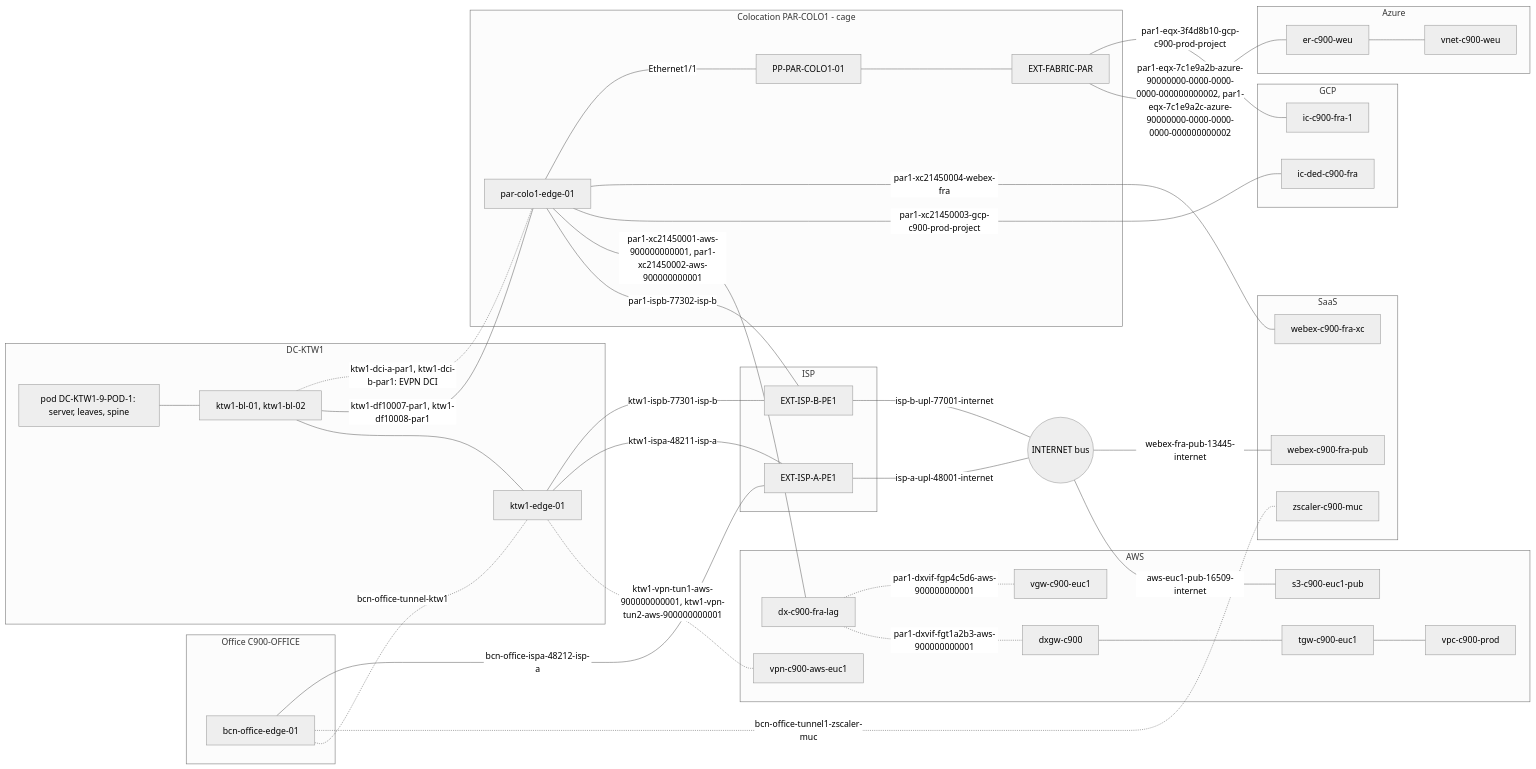
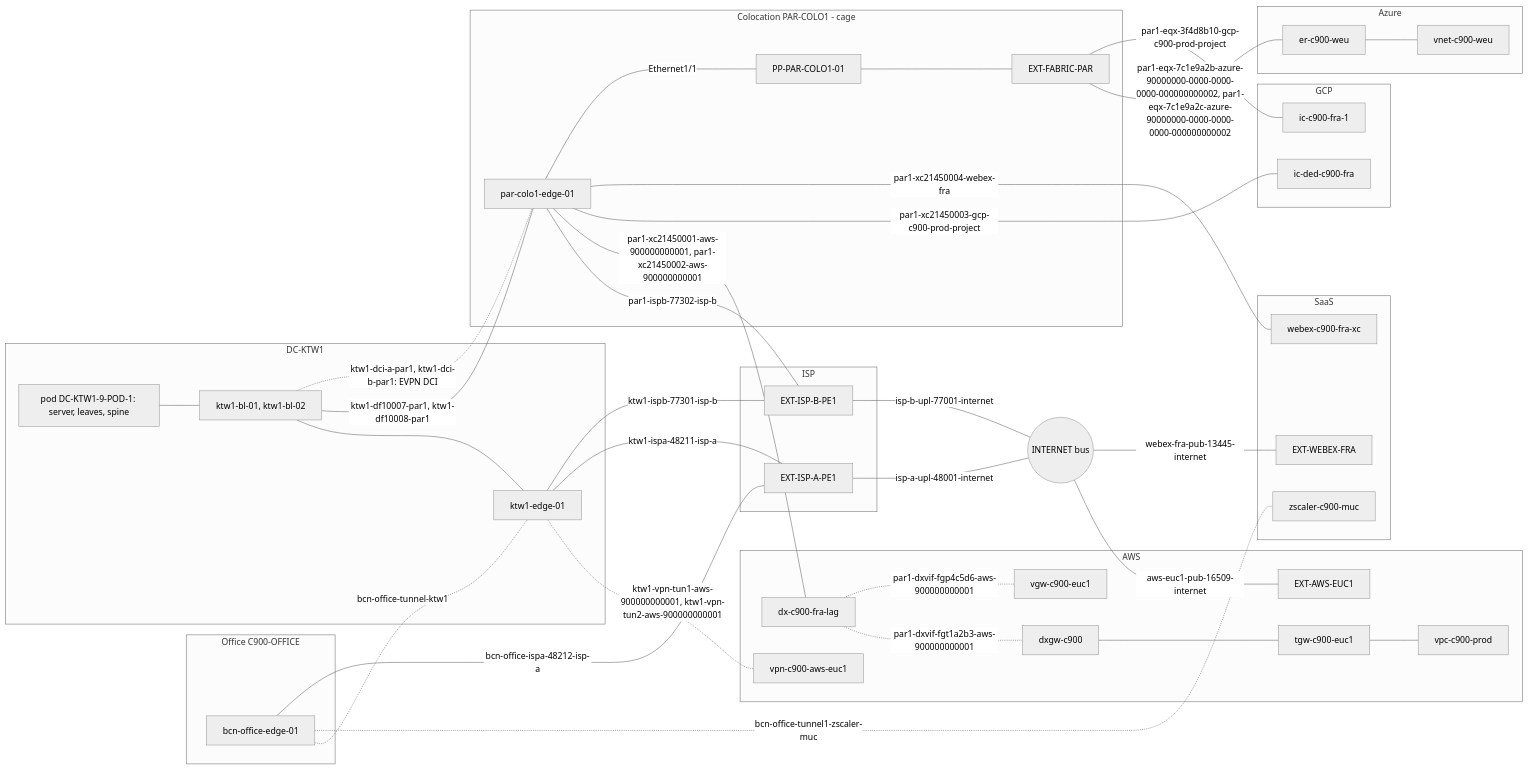
The second of 4 diagrams in data/demos/00_full_topology/README.md (t0m3kz/infrahub-demo), drawn with Mermaid (neutral theme) before and after one commit. The commit also changed other lines of this file and 51 other files, not shown here.

Commit message:
feat(schema): one provider connect placed by its location, public sides and internet L1 for Azure, GCP and the AWS VPN

````diff
--- a/data/demos/00_full_topology/README.md
+++ b/data/demos/00_full_topology/README.md
@@ -147,70 +149,70 @@
 ```mermaid
 flowchart LR
   subgraph OFFICE["Office C900-OFFICE"]
     OE["bcn-office-edge-01"]
   end
   subgraph DC["DC-KTW1"]
     DPOD["pod DC-KTW1-9-POD-1: server, leaves, spine"]
     BL["ktw1-bl-01, ktw1-bl-02"]
     DE["ktw1-edge-01"]
   end
   subgraph COLO["Colocation PAR-COLO1 - cage"]
     CE["par-colo1-edge-01"]
     CP["PP-PAR-COLO1-01"]
     CF["EXT-FABRIC-PAR"]
   end
   subgraph ISP["ISP"]
     PA["EXT-ISP-A-PE1"]
     PB["EXT-ISP-B-PE1"]
   end
   NET(("INTERNET bus"))
   subgraph AWS["AWS"]
     DX["dx-c900-fra-lag"]
     DXGW["dxgw-c900"]
     TGW["tgw-c900-euc1"]
     VPC["vpc-c900-prod"]
     VGW["vgw-c900-euc1"]
     VPN["vpn-c900-aws-euc1"]
-    S3["s3-c900-euc1-pub"]
+    S3["EXT-AWS-EUC1"]
   end
   subgraph AZ["Azure"]
     ER["er-c900-weu"]
     VNET["vnet-c900-weu"]
   end
   subgraph GCP["GCP"]
     GDED["ic-ded-c900-fra"]
     GIC["ic-c900-fra-1"]
   end
   subgraph SAAS["SaaS"]
     WX["webex-c900-fra-xc"]
-    WXP["webex-c900-fra-pub"]
+    WXP["EXT-WEBEX-FRA"]
     ZS["zscaler-c900-muc"]
   end
   DPOD --- BL
   BL --- DE
   BL ---|"ktw1-df10007-par1, ktw1-df10008-par1"| CE
   BL -.-|"ktw1-dci-a-par1, ktw1-dci-b-par1: EVPN DCI"| CE
   OE -.-|"bcn-office-tunnel-ktw1"| DE
   OE -.-|"bcn-office-tunnel1-zscaler-muc"| ZS
   DE -.-|"ktw1-vpn-tun1-aws-900000000001, ktw1-vpn-tun2-aws-900000000001"| VPN
   OE ---|"bcn-office-ispa-48212-isp-a"| PA
   DE ---|"ktw1-ispa-48211-isp-a"| PA
   DE ---|"ktw1-ispb-77301-isp-b"| PB
   CE ---|"par1-ispb-77302-isp-b"| PB
   PA ---|"isp-a-upl-48001-internet"| NET
   PB ---|"isp-b-upl-77001-internet"| NET
   NET ---|"aws-euc1-pub-16509-internet"| S3
   NET ---|"webex-fra-pub-13445-internet"| WXP
   CE ---|"par1-xc21450001-aws-900000000001, par1-xc21450002-aws-900000000001"| DX
   CE ---|"par1-xc21450003-gcp-c900-prod-project"| GDED
   CE ---|"par1-xc21450004-webex-fra"| WX
   CE ---|"Ethernet1/1"| CP
   CP --- CF
   CF ---|"par1-eqx-7c1e9a2b-azure-90000000-0000-0000-0000-000000000002, par1-eqx-7c1e9a2c-azure-90000000-0000-0000-0000-000000000002"| ER
   CF ---|"par1-eqx-3f4d8b10-gcp-c900-prod-project"| GIC
   DX -.-|"par1-dxvif-fgt1a2b3-aws-900000000001"| DXGW
   DXGW --- TGW
   TGW --- VPC
   DX -.-|"par1-dxvif-fgp4c5d6-aws-900000000001"| VGW
   ER --- VNET
 ```
````
